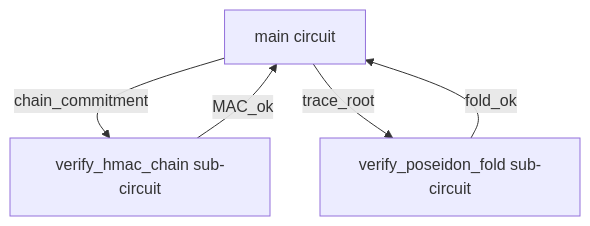
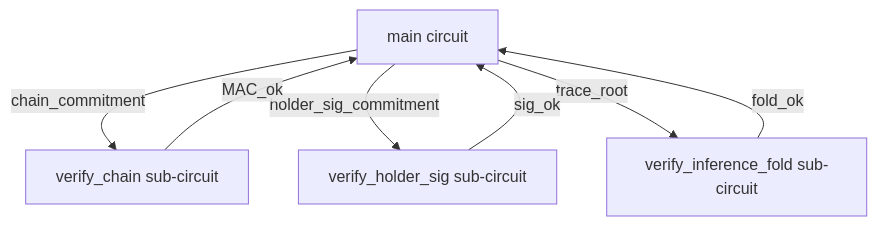
One commit to CipherOcto/cipherocto changed the diagram in docs/plans/2026-08-05-stage-2-verifier-split.md. Above: the diagram before and after it, drawn with Mermaid. The commit also changed other lines of this file and 2 other files, not shown here.

````diff
--- a/docs/plans/2026-08-05-stage-2-verifier-split.md
+++ b/docs/plans/2026-08-05-stage-2-verifier-split.md
@@ -44,7 +39,9 @@
 ```mermaid
 graph TD
-    A[main circuit] -->|chain_commitment| B[verify_hmac_chain sub-circuit]
-    A -->|trace_root| C[verify_poseidon_fold sub-circuit]
+    A[main circuit] -->|chain_commitment| B[verify_chain sub-circuit]
+    A -->|holder_sig_commitment| C[verify_holder_sig sub-circuit]
+    A -->|trace_root| D[verify_inference_fold sub-circuit]
     B -->|MAC_ok| A
-    C -->|fold_ok| A
+    C -->|sig_ok| A
+    D -->|fold_ok| A
 ```
````
